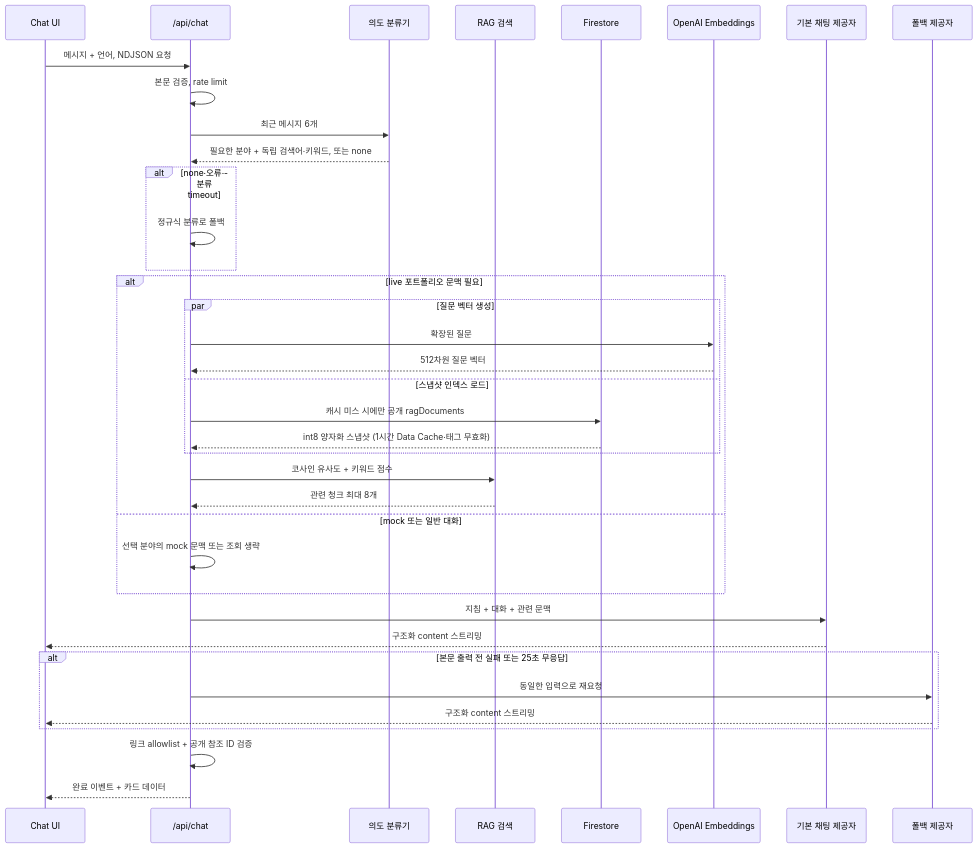
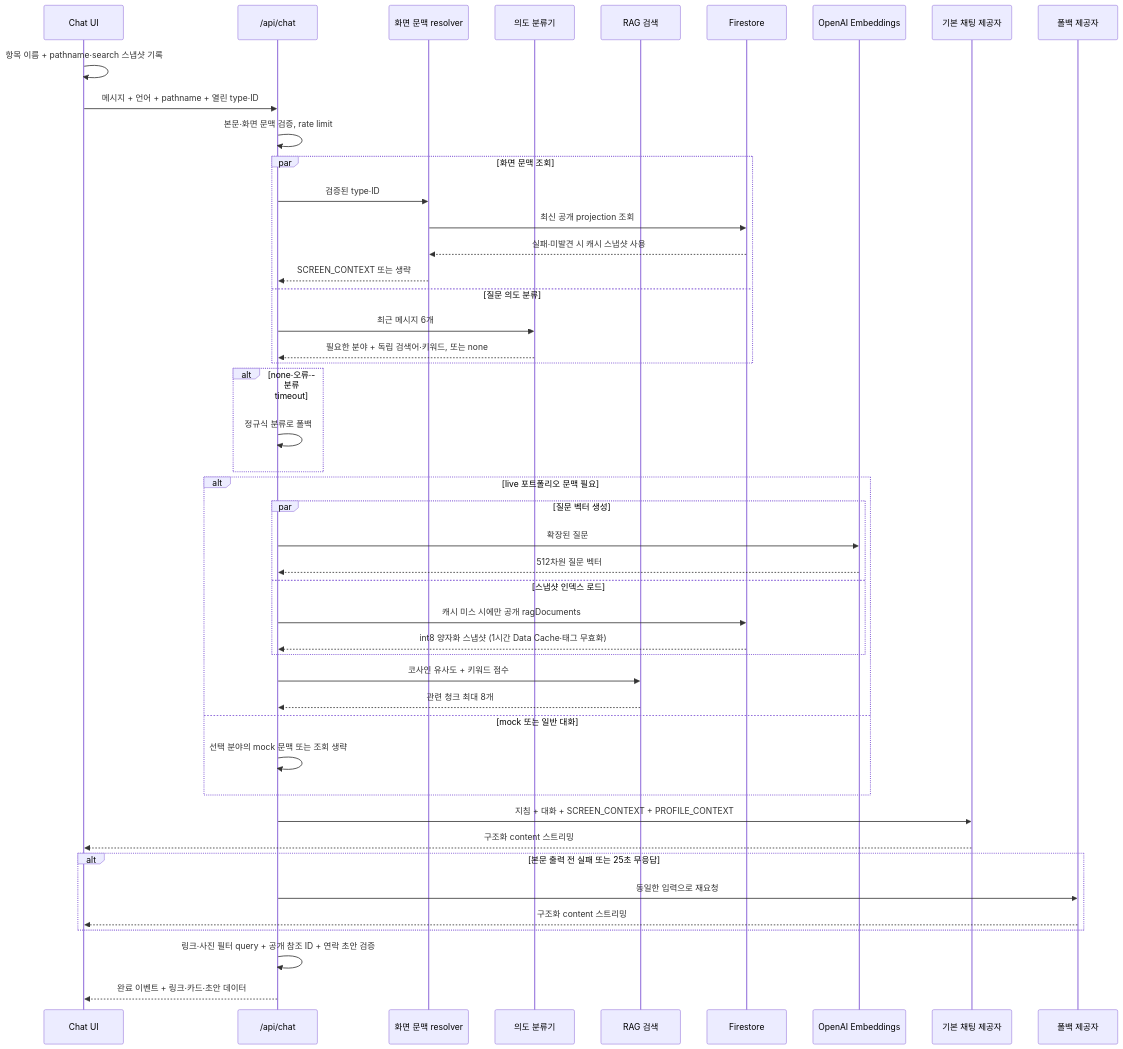
Before and after one commit to SJLee-0525/aperture: the second of 5 diagrams in docs/troubleshooting/chatbot-search-architecture.md, drawn with Mermaid. The commit also changed other lines of this file and 5 other files, not shown here.

````diff
--- a/docs/troubleshooting/chatbot-search-architecture.md
+++ b/docs/troubleshooting/chatbot-search-architecture.md
@@ -83,40 +99,49 @@
 ```mermaid
 sequenceDiagram
     participant UI as Chat UI
     participant API as /api/chat
+    participant SC as 화면 문맥 resolver
     participant N as 의도 분류기
     participant RAG as RAG 검색
     participant FS as Firestore
     participant EMB as OpenAI Embeddings
     participant P as 기본 채팅 제공자
     participant O as 폴백 제공자
 
-    UI->>API: 메시지 + 언어, NDJSON 요청
-    API->>API: 본문 검증, rate limit
-    API->>N: 최근 메시지 6개
-    N-->>API: 필요한 분야 + 독립 검색어·키워드, 또는 none
+    UI->>UI: 항목 이름 + pathname·search 스냅샷 기록
+    UI->>API: 메시지 + 언어 + pathname + 열린 type·ID
+    API->>API: 본문·화면 문맥 검증, rate limit
+    par 화면 문맥 조회
+        API->>SC: 검증된 type·ID
+        SC->>FS: 최신 공개 projection 조회
+        FS-->>SC: 실패·미발견 시 캐시 스냅샷 사용
+        SC-->>API: SCREEN_CONTEXT 또는 생략
+    and 질문 의도 분류
+        API->>N: 최근 메시지 6개
+        N-->>API: 필요한 분야 + 독립 검색어·키워드, 또는 none
+    end
     alt none·오류·분류 timeout
         API->>API: 정규식 분류로 폴백
     end
     alt live 포트폴리오 문맥 필요
         par 질문 벡터 생성
             API->>EMB: 확장된 질문
             EMB-->>API: 512차원 질문 벡터
         and 스냅샷 인덱스 로드
             API->>FS: 캐시 미스 시에만 공개 ragDocuments
             FS-->>API: int8 양자화 스냅샷 (1시간 Data Cache·태그 무효화)
         end
         API->>RAG: 코사인 유사도 + 키워드 점수
         RAG-->>API: 관련 청크 최대 8개
     else mock 또는 일반 대화
         API->>API: 선택 분야의 mock 문맥 또는 조회 생략
     end
-    API->>P: 지침 + 대화 + 관련 문맥
+    API->>P: 지침 + 대화 + SCREEN_CONTEXT + PROFILE_CONTEXT
     P-->>UI: 구조화 content 스트리밍
     alt 본문 출력 전 실패 또는 25초 무응답
         API->>O: 동일한 입력으로 재요청
         O-->>UI: 구조화 content 스트리밍
     end
-    API->>API: 링크 allowlist + 공개 참조 ID 검증
-    API-->>UI: 완료 이벤트 + 카드 데이터
+    API->>API: 링크·사진 필터 query + 공개 참조 ID + 연락 초안 검증
+    API-->>UI: 완료 이벤트 + 링크·카드·초안 데이터
 ```
````
